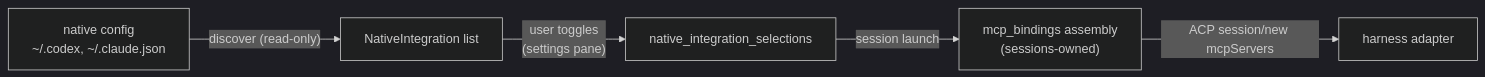
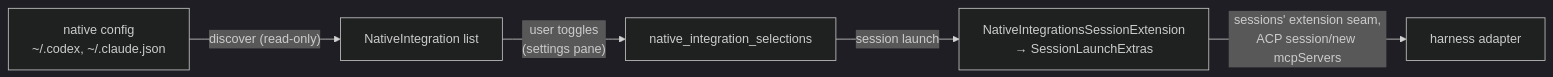
One commit to proliferate-ai/proliferate changed the diagram in specs/systems/harnesses/native-integrations.md. Above: the diagram before and after it, drawn with Mermaid (dark theme). The commit also changed other lines of this file and 39 other files, not shown here.

````diff
--- a/specs/systems/harnesses/native-integrations.md
+++ b/specs/systems/harnesses/native-integrations.md
@@ -15,7 +15,7 @@
 ```mermaid
 flowchart LR
     A["native config<br/>~/.codex, ~/.claude.json"] -->|"discover (read-only)"| B["NativeIntegration list"]
     B -->|"user toggles<br/>(settings pane)"| C["native_integration_selections"]
-    C -->|"session launch"| D["mcp_bindings assembly<br/>(sessions-owned)"]
-    D -->|"ACP session/new mcpServers"| E["harness adapter"]
+    C -->|"session launch"| D["NativeIntegrationsSessionExtension<br/>→ SessionLaunchExtras"]
+    D -->|"sessions' extension seam,<br/>ACP session/new mcpServers"| E["harness adapter"]
 ```
````
